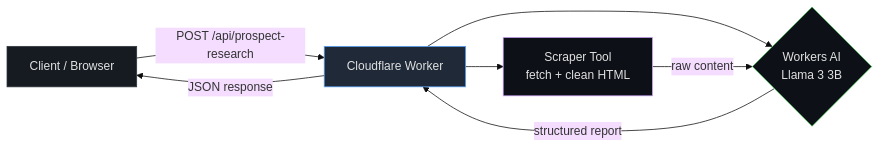
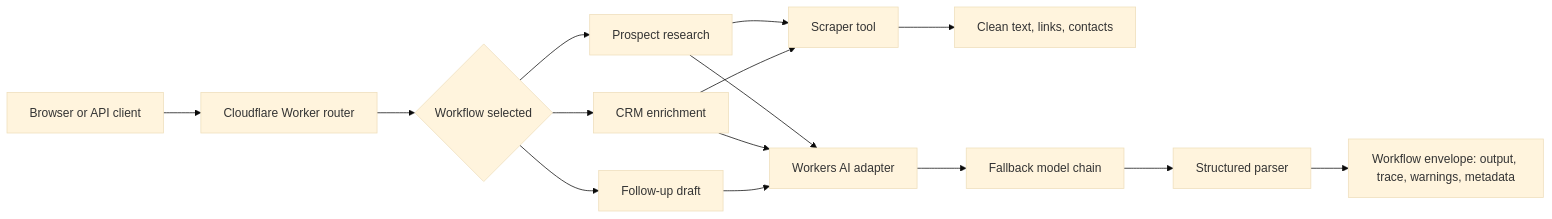
The diagram in README.md (06Yahya/agent-workflow-playground), drawn with Mermaid (base theme) before and after one commit. The commit also changed other lines of this file and 18 other files, not shown here.

````diff
--- a/README.md
+++ b/README.md
@@ -69,14 +26,17 @@
 ```mermaid
 flowchart LR
-    A[Client / Browser] -->|POST /api/prospect-research| B[Cloudflare Worker]
-    B --> C{Workers AI\nLlama 3 3B}
-    B --> D[Scraper Tool\nfetch + clean HTML]
-    D -->|raw content| C
-    C -->|structured report| B
-    B -->|JSON response| A
-
-    style A fill:#161b22,stroke:#30363d,color:#e0e0e0
-    style B fill:#1f2937,stroke:#58a6ff,color:#e0e0e0
-    style C fill:#0d1117,stroke:#3fb950,color:#e0e0e0
-    style D fill:#0d1117,stroke:#d2a8ff,color:#e0e0e0
+    A[Browser or API client] --> B[Cloudflare Worker router]
+    B --> C{Workflow selected}
+    C --> D[Prospect research]
+    C --> E[CRM enrichment]
+    C --> F[Follow-up draft]
+    D --> G[Scraper tool]
+    E --> G
+    G --> H[Clean text, links, contacts]
+    D --> I[Workers AI adapter]
+    E --> I
+    F --> I
+    I --> J[Fallback model chain]
+    J --> K[Structured parser]
+    K --> L[Workflow envelope: output, trace, warnings, metadata]
 ```
````
